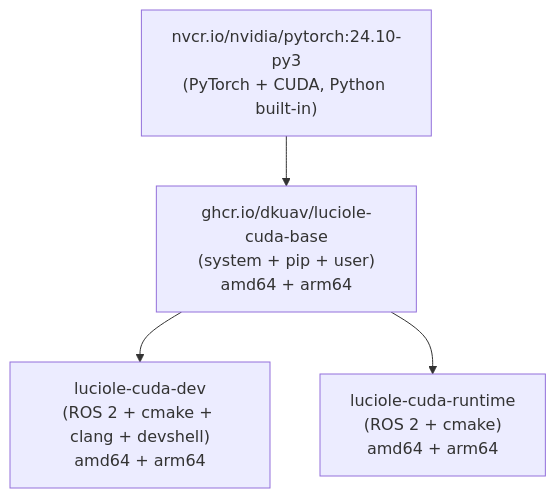
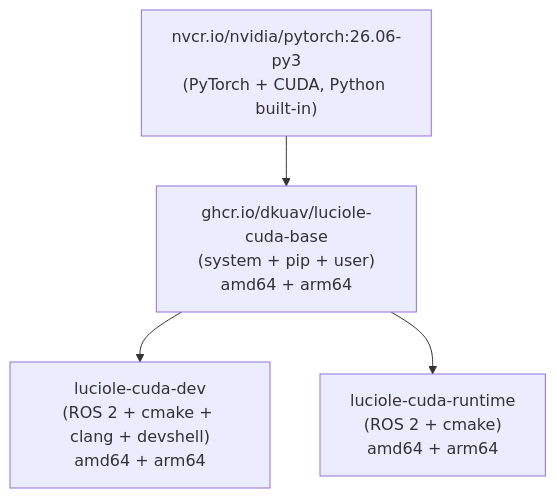
Before and after one commit to DKUAV/images: the first of 2 diagrams in README.md, drawn with Mermaid. The commit also changed other lines of this file and 27 other files, not shown here.

First line of the commit message:
Update base image to PyTorch 26.06 and add development tools (#25)

````diff
--- a/README.md
+++ b/README.md
@@ -11,7 +11,7 @@
 ```mermaid
 graph TD
-  C["nvcr.io/nvidia/pytorch:24.10-py3\n(PyTorch + CUDA, Python built-in)"] --> CB["ghcr.io/dkuav/luciole-cuda-base\n(system + pip + user)\namd64 + arm64"]
+  C["nvcr.io/nvidia/pytorch:26.06-py3\n(PyTorch + CUDA, Python built-in)"] --> CB["ghcr.io/dkuav/luciole-cuda-base\n(system + pip + user)\namd64 + arm64"]
 
   CB --> HCD["luciole-cuda-dev\n(ROS 2 + cmake + clang + devshell)\namd64 + arm64"]
   CB --> HCR["luciole-cuda-runtime\n(ROS 2 + cmake)\namd64 + arm64"]
 ```
````
